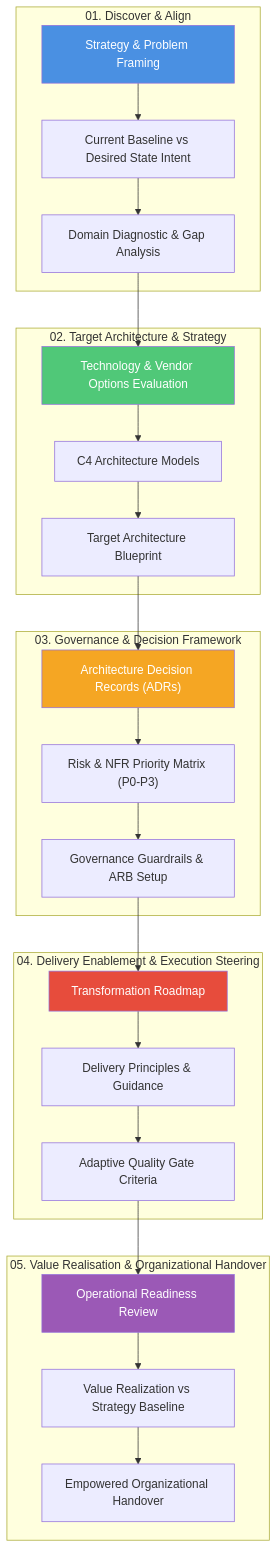
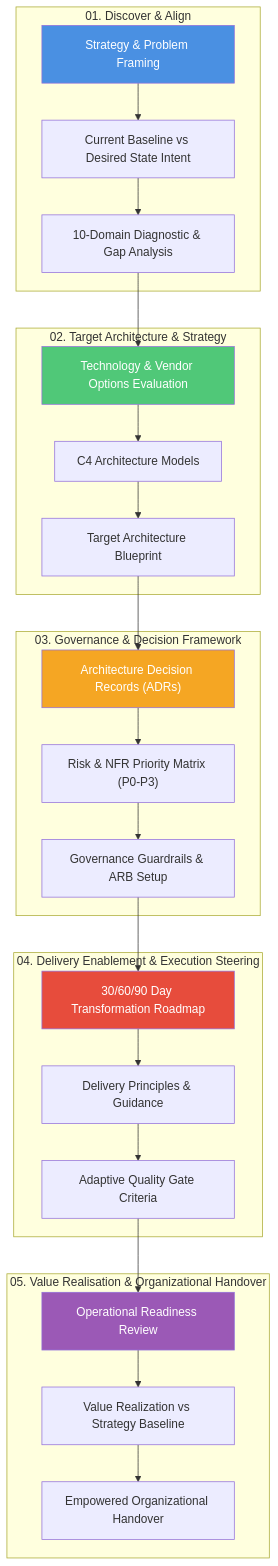
The first of 2 diagrams in docs/sop/index.md (avfranco-br/portfolio), drawn with Mermaid before and after one commit. The commit also changed other lines of this file and 2 other files, not shown here.

Commit message:
feat(sop): add AI Augmented Architecture Workflows & Governance section

````diff
--- a/docs/sop/index.md
+++ b/docs/sop/index.md
@@ -19,44 +22,44 @@
 ```mermaid
 graph TD
     subgraph "01. Discover & Align"
         S1["Strategy & Problem Framing"]
         S2["Current Baseline vs Desired State Intent"]
-        S3["Domain Diagnostic & Gap Analysis"]
+        S3["10-Domain Diagnostic & Gap Analysis"]
     end
 
     subgraph "02. Target Architecture & Strategy"
         A1["Technology & Vendor Options Evaluation"]
         A2["C4 Architecture Models"]
         A3["Target Architecture Blueprint"]
     end
 
     subgraph "03. Governance & Decision Framework"
         G1["Architecture Decision Records (ADRs)"]
         G2["Risk & NFR Priority Matrix (P0-P3)"]
         G3["Governance Guardrails & ARB Setup"]
     end
 
     subgraph "04. Delivery Enablement & Execution Steering"
-        D1["Transformation Roadmap"]
+        D1["30/60/90 Day Transformation Roadmap"]
         D2["Delivery Principles & Guidance"]
         D3["Adaptive Quality Gate Criteria"]
     end
 
     subgraph "05. Value Realisation & Organizational Handover"
         E1["Operational Readiness Review"]
         E2["Value Realization vs Strategy Baseline"]
         E3["Empowered Organizational Handover"]
     end
 
     S1 --> S2 --> S3 --> A1
     A1 --> A2 --> A3 --> G1
     G1 --> G2 --> G3 --> D1
     D1 --> D2 --> D3 --> E1
     E1 --> E2 --> E3
 
     style S1 fill:#4A90E2,color:#fff
     style A1 fill:#50C878,color:#fff
     style G1 fill:#F5A623,color:#fff
     style D1 fill:#E74C3C,color:#fff
     style E1 fill:#9B59B6,color:#fff
 ```
````
